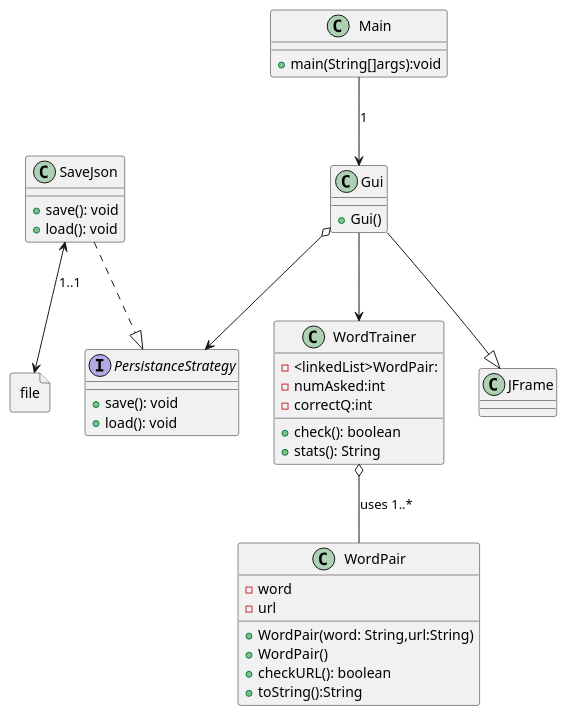
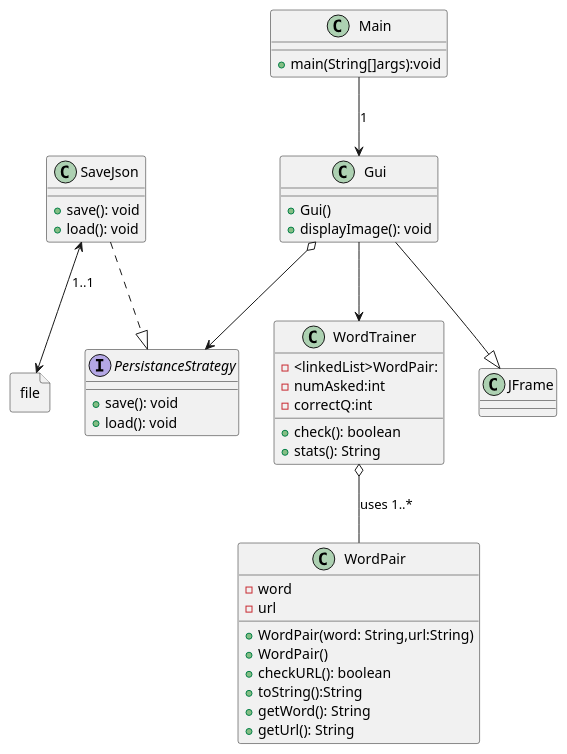
One commit to TGM-HIT/sew9-2425-worttrainer-Ubetterbisoft changed the diagram in Worttrainer4/src/main/java/UML.puml. Above: the diagram before and after it, drawn with PlantUML. The commit also changed 4 other files, not shown here.

Commit message:
GUI Prototyp mit fake attributen getter setter für worttrainer uml aktualisiert

```diff
--- a/Worttrainer4/src/main/java/UML.puml
+++ b/Worttrainer4/src/main/java/UML.puml
@@ -1,58 +1,61 @@
 @startuml
 'https://plantuml.com/sequence-diagram
 
 class Main{
     +main(String[]args):void
 }
 class WordTrainer {
     -<linkedList>WordPair:
     -numAsked:int
     -correctQ:int
 
 
 
     +check(): boolean
     +stats(): String
 }
 
 class WordPair {
     - word
     - url
     +WordPair(word: String,url:String)
     +WordPair()
     +checkURL(): boolean
     + toString():String
+    + getWord(): String
+    + getUrl(): String
 
 
 }
 
 class Gui {
     + Gui()
+    + displayImage(): void
 
 
 }
 class JFrame{
 }
 interface PersistanceStrategy{
     +save(): void
     +load(): void
 }
 class SaveJson{
     +save(): void
     +load(): void
 }
 
 file file{
 
 }
 
 WordTrainer o-- WordPair: uses 1..*
 Gui --> WordTrainer
 Gui o--> PersistanceStrategy
 SaveJson <--> file:1..1
 Main --> Gui: 1
 SaveJson ..|> PersistanceStrategy
 Gui --|> JFrame
 
 
 @enduml
```
